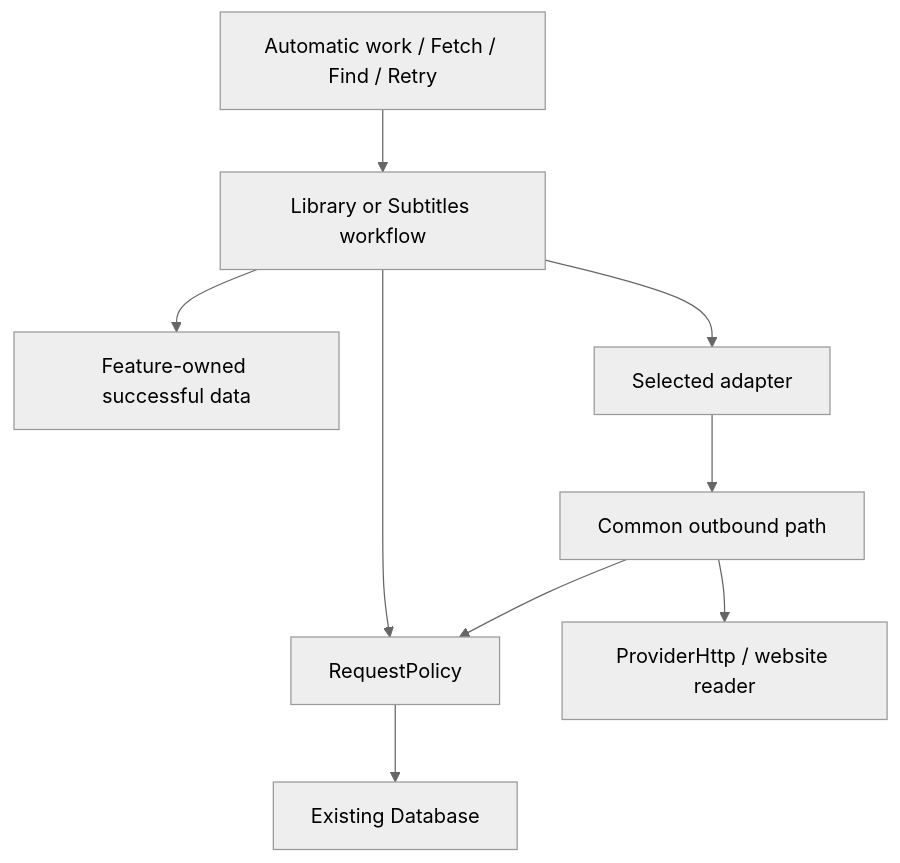
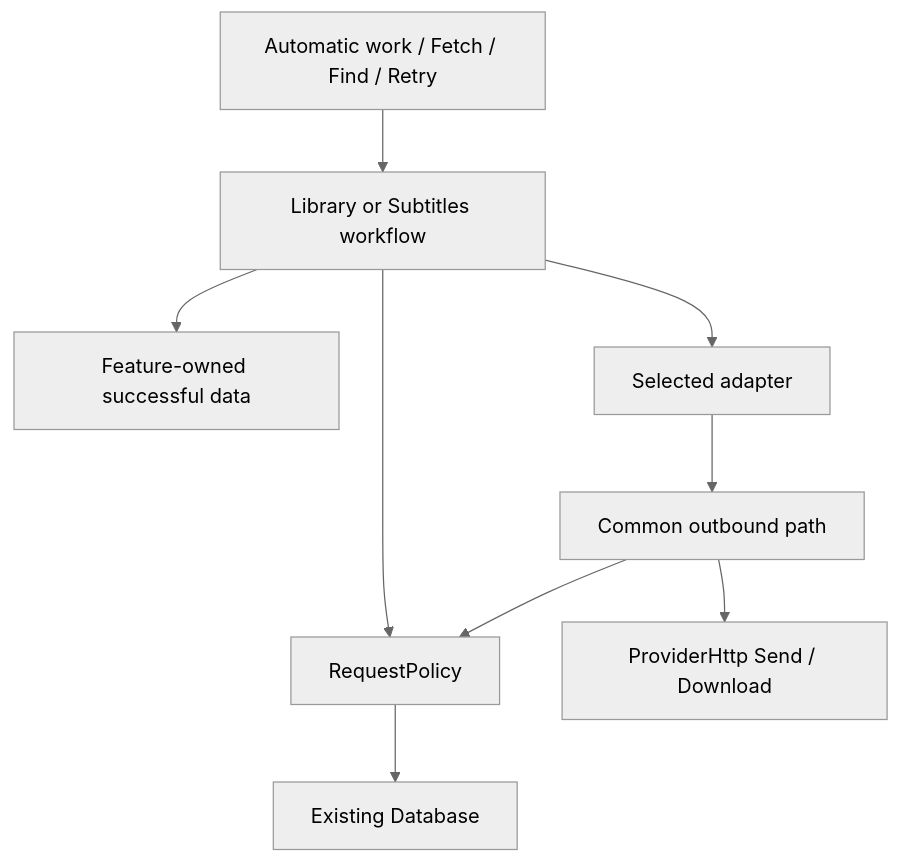
One commit to SynoSoftware/TinyTorrent2 changed the diagram in docs/request-protection.md. Above: the diagram before and after it, drawn with Mermaid (neutral theme). The commit also changed other lines of this file and 146 other files, not shown here.

````diff
--- a/docs/request-protection.md
+++ b/docs/request-protection.md
@@ -67,11 +71,11 @@
 ```mermaid
 flowchart TD
     UI["Automatic work / Fetch / Find / Retry"] --> Feature["Library or Subtitles workflow"]
     Feature --> Cache["Feature-owned successful data"]
     Feature --> Policy["RequestPolicy"]
     Feature --> Adapter["Selected adapter"]
     Adapter --> Send["Common outbound path"]
     Send --> Policy
-    Send --> Transport["ProviderHttp / website reader"]
+    Send --> Transport["ProviderHttp Send / Download"]
     Policy --> DB["Existing Database"]
 ```
````
